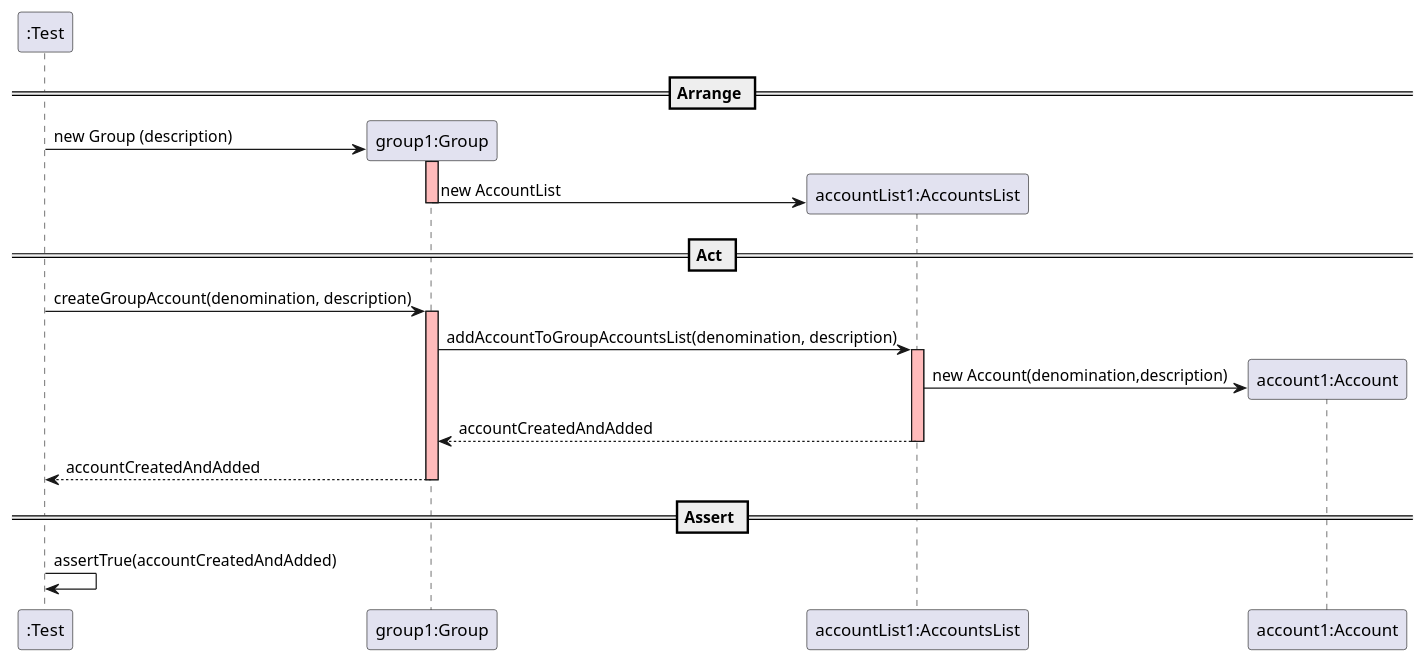
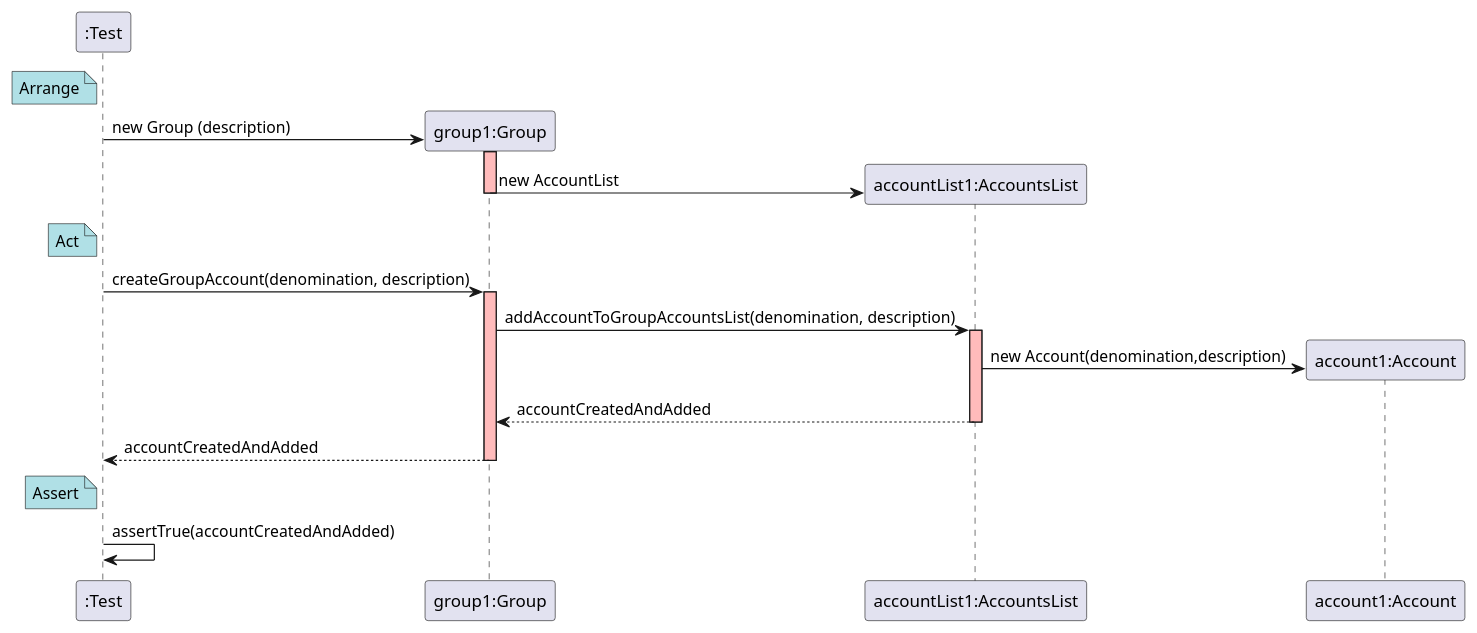
Before and after one commit to mleitaoribeiro/DevOpsMaven: the diagram in docs/SequenceDiagram - US007.puml, drawn with PlantUML. The commit also changed 2 other files, not shown here.

```diff
--- a/docs/SequenceDiagram - US007.puml
+++ b/docs/SequenceDiagram - US007.puml
@@ -1,36 +1,42 @@
 @startuml
 
 create ":Test"
 
-== Arrange ==
+note left of ":Test" #powderblue
+	Arrange
+end note
 
 create "group1:Group"
 ":Test" -> "group1:Group" : new Group (description)
 activate "group1:Group" #FFBBBB
 
 create "accountList1:AccountsList"
 "group1:Group" -> "accountList1:AccountsList" : new AccountList
 deactivate "group1:Group" #FFBBBB
 
-== Act ==
+note left of ":Test" #powderblue
+	Act
+end note
 
 ":Test" -> "group1:Group" : createGroupAccount(denomination, description)
 activate "group1:Group" #FFBBBB
 
 "group1:Group" -> "accountList1:AccountsList" : addAccountToGroupAccountsList(denomination, description)
 activate "accountList1:AccountsList" #FFBBBB
 
 create "account1:Account"
 "accountList1:AccountsList" -> "account1:Account" : new Account(denomination,description)
 
 "accountList1:AccountsList" --> "group1:Group" : accountCreatedAndAdded
 deactivate "accountList1:AccountsList" #FFBBBB
 
 "group1:Group" --> ":Test" : accountCreatedAndAdded
 deactivate "group1:Group" #FFBBBB
 
-== Assert ==
+note left of ":Test" #powderblue
+	Assert
+end note
 
 ":Test" -> ":Test" : assertTrue(accountCreatedAndAdded)
 
 @enduml
```
